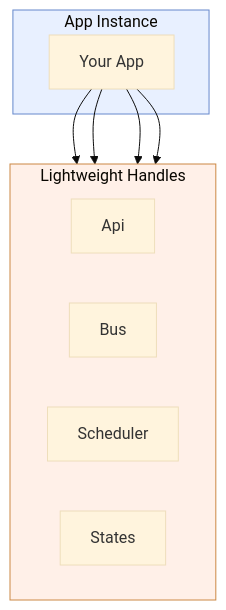
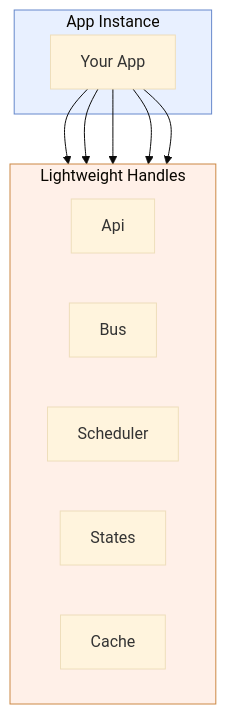
The third of 4 diagrams in docs/pages/core-concepts/index.md (NodeJSmith/hassette), drawn with Mermaid (base theme) before and after one commit. The commit also changed 1 other file, not shown here.

Commit message:
docs: add Cache to per-app resource diagrams
Cache was listed on the Apps overview but missing from the internals
component ownership and core concepts app handles diagrams.

````diff
--- a/docs/pages/core-concepts/index.md
+++ b/docs/pages/core-concepts/index.md
@@ -108,19 +108,20 @@
 ```mermaid
 flowchart TD
     subgraph app["App Instance"]
         APP["Your App"]
     end
 
     subgraph handles["Lightweight Handles"]
         direction LR
         API[Api]
         BUS[Bus]
         SCHED[Scheduler]
         STATES[States]
+        CACHE[Cache]
     end
 
-    APP --> API & BUS & SCHED & STATES
+    APP --> API & BUS & SCHED & STATES & CACHE
 
     style app fill:#e8f0ff,stroke:#6688cc
     style handles fill:#fff0e8,stroke:#cc8844
 ```
````
